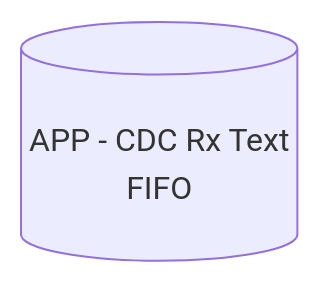
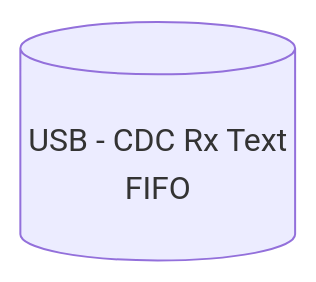
The first of 8 diagrams in doc/7.-Buffer-Strategy.md (Nakakiyo092/canable2kai), drawn with Mermaid before and after one commit. The commit also changed other lines of this file, not shown here.

First line of the commit message:
Update CDC Rx buffer description for tinyUSB

````diff
--- a/doc/7.-Buffer-Strategy.md
+++ b/doc/7.-Buffer-Strategy.md
@@ -18,5 +18,5 @@
 ```mermaid
 block
   columns 7
-  space  space  space  RX[("<br>APP - CDC Rx Text<br>FIFO")]  space  space  space
+  space  space  space  RX[("<br>USB - CDC Rx Text<br>FIFO")]  space  space  space
 ```
````
